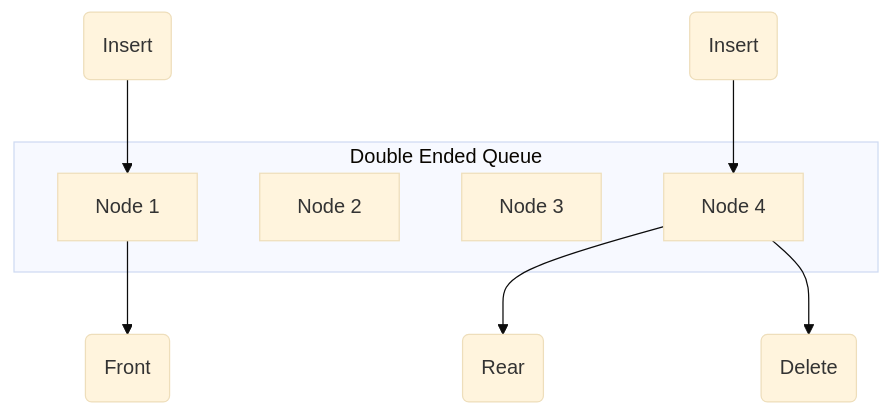
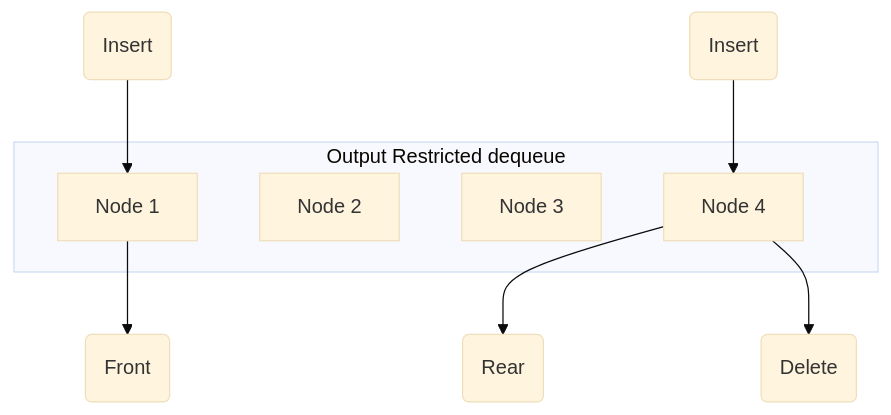
The eighth of 8 diagrams in Linear-ds/Dynamic-ds/Queue/README.md (thejunghare/DataStructure), drawn with Mermaid (base theme) before and after one commit. The commit also changed other lines of this file, not shown here.

Commit message:
updated diagram

````diff
--- a/Linear-ds/Dynamic-ds/Queue/README.md
+++ b/Linear-ds/Dynamic-ds/Queue/README.md
@@ -128,20 +128,20 @@
 ```mermaid
 graph TD
 
-subgraph Double Ended Queue
+subgraph Output Restricted dequeue
     A[Node 4]
     B[Node 2]
     C[Node 3]
     D[Node 1]
 end
 
 A[Node 4] --> E(Rear)
 D[Node 1] --> F(Front)
 H(Insert) --> D[Node 1]
 
 
   I(Insert) --> A[Node 4]
 A[Node 4] --> J(Delete)
 
 
 ```
````
